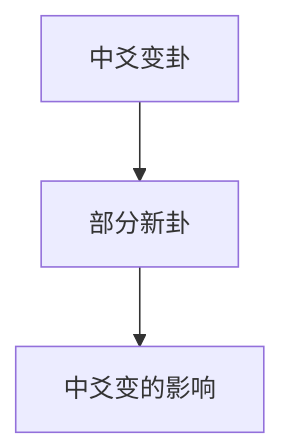
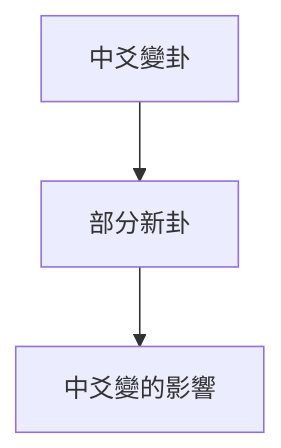
One commit to kmjade/knowledge-value changed the tenth of 13 diagrams in 3 Resources/04-Interests/易学/03-占卜方法/梅花易数入门.md. Above: the diagram before and after it, drawn with Mermaid. The commit also changed other lines of this file and 49 other files, not shown here.

````diff
--- a/3 Resources/04-Interests/易学/03-占卜方法/梅花易数入门.md
+++ b/3 Resources/04-Interests/易学/03-占卜方法/梅花易数入门.md
@@ -282,6 +282,6 @@
 ```mermaid
 graph TB
-    A[中爻变卦] --> B[部分新卦]
+    A[中爻變卦] --> B[部分新卦]
     
-    B --> C[中爻变的影响]
+    B --> C[中爻變的影響]
 ```
````
